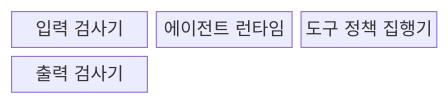
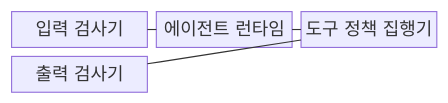
One commit to agnusdei1207/knowledge-base changed the first of 2 diagrams in src/content/docs/notes/08-latest-tech/022_agent_guardrail.md. Above: the diagram before and after it, drawn with Mermaid. The commit also changed other lines of this file and 228 other files, not shown here.

````diff
--- a/src/content/docs/notes/08-latest-tech/022_agent_guardrail.md
+++ b/src/content/docs/notes/08-latest-tech/022_agent_guardrail.md
@@ -50,8 +50,11 @@
 ```mermaid
 block-beta
     columns 3
     I["입력 검사기"]
     R["에이전트 런타임"]
     T["도구 정책 집행기"]
     O["출력 검사기"]
+    I --- R
+    R --- T
+    T --- O
 ```
````
